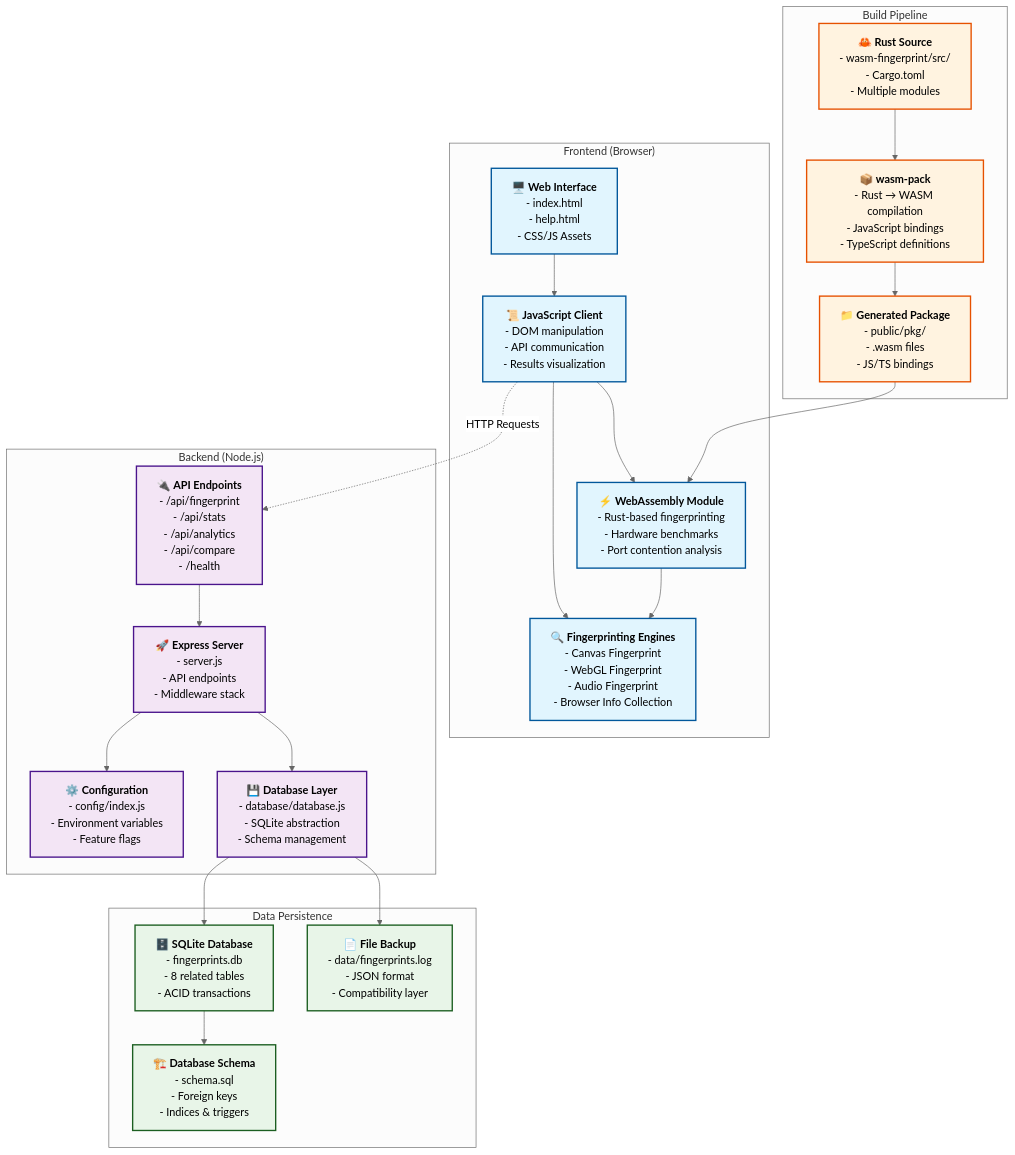
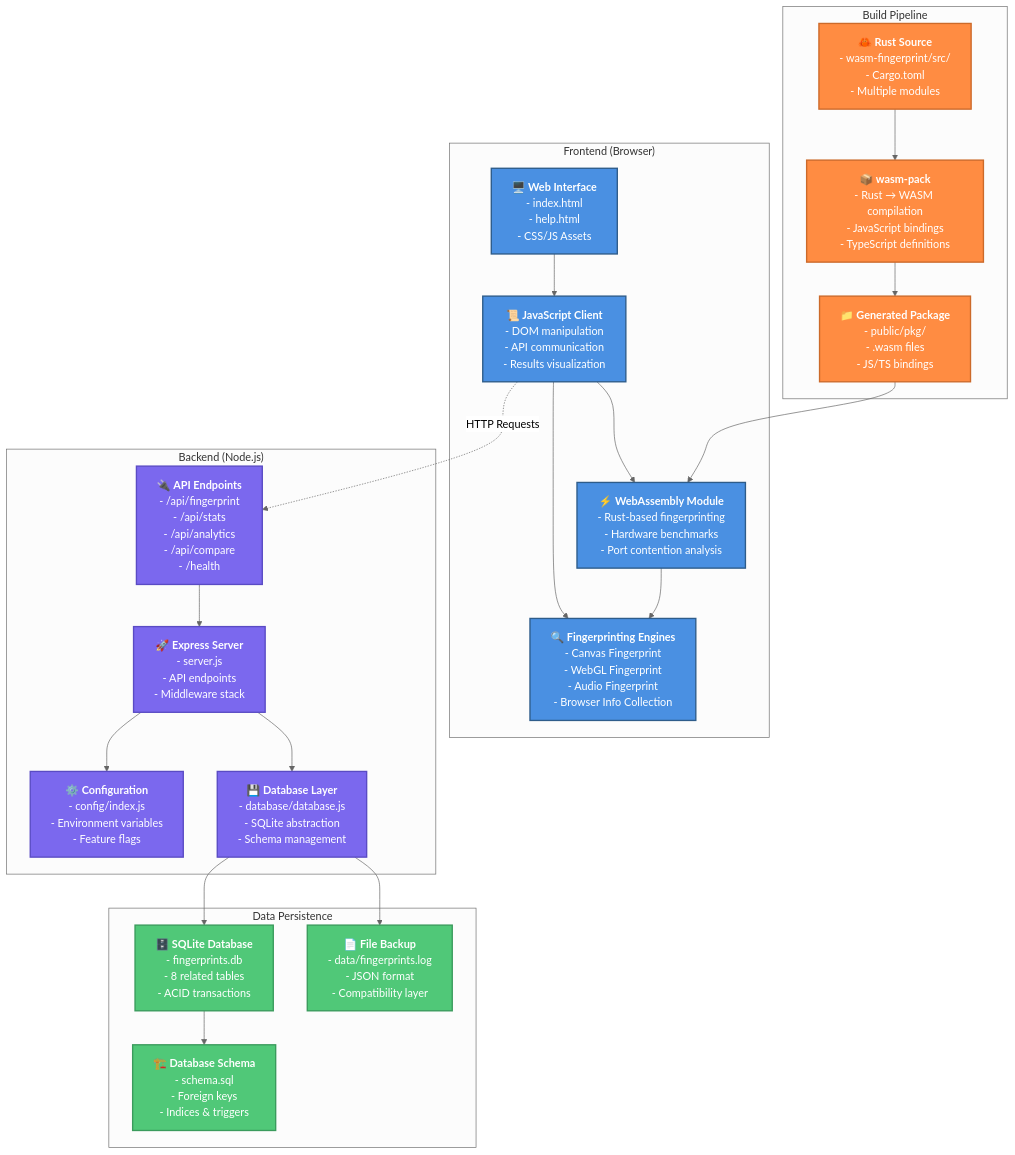
The first of 6 diagrams in .context/system-architecture.md (acauanrr/wasm-fingerprint), drawn with Mermaid (neutral theme) before and after one commit. The commit also changed other lines of this file, not shown here.

First line of the commit message:
Improve diagram color palettes for better readability

```diff
--- a/.context/system-architecture.md
+++ b/.context/system-architecture.md
@@ -108,11 +108,11 @@
     WASM_PACK --> PKG
     PKG --> WASM
 
-    %% Styling
-    classDef frontend fill:#e1f5fe,stroke:#01579b,stroke-width:2px
-    classDef backend fill:#f3e5f5,stroke:#4a148c,stroke-width:2px
-    classDef storage fill:#e8f5e8,stroke:#1b5e20,stroke-width:2px
-    classDef build fill:#fff3e0,stroke:#e65100,stroke-width:2px
+    %% Styling - Optimized for both light and dark modes
+    classDef frontend fill:#4a90e2,stroke:#2e5c8a,stroke-width:2px,color:#fff
+    classDef backend fill:#7b68ee,stroke:#5a4bc4,stroke-width:2px,color:#fff
+    classDef storage fill:#50c878,stroke:#3a9b5c,stroke-width:2px,color:#fff
+    classDef build fill:#ff8c42,stroke:#cc6a2a,stroke-width:2px,color:#fff
 
     class UI,WASM,JS,FP_ENGINES frontend
     class SERVER,CONFIG,DB_LAYER,API_ENDPOINTS backend
```
